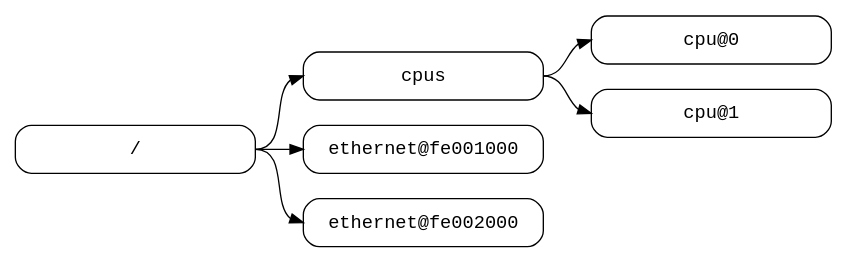
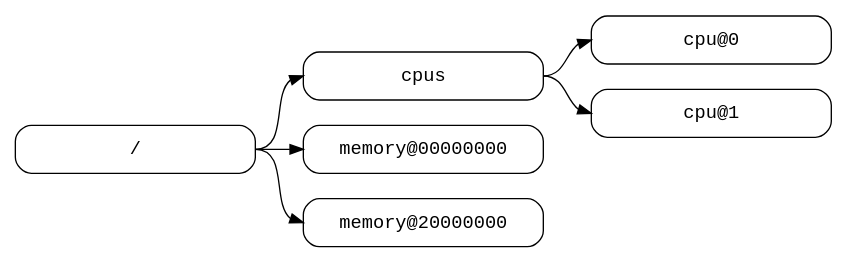
The first of 2 diagrams in source/devicetree-basics.rst (devicetree-org/devicetree-specification), drawn with Graphviz before and after one commit. The commit also changed other lines of this file, not shown here.

Commit message:
Ref and example fix
Example claimed to have memory nodes, but had ethernet ones instead
ref was missing for chapter 3

```diff
--- a/source/devicetree-basics.rst
+++ b/source/devicetree-basics.rst
@@ -44,12 +45,12 @@
 .. digraph:: tree
    :caption: Devicetree Example
 
    rankdir = LR;
    ranksep = equally;
    node [ shape="Mrecord"; width="2.5"; fontname = Courier; ];
 
    "/":e    -> "cpus":w;
    "cpus":e -> "cpu@0":w;
    "cpus":e -> "cpu@1":w;
-   "/":e    -> "ethernet@fe001000":w;
-   "/":e    -> "ethernet@fe002000":w;
+   "/":e    -> "memory@00000000":w;
+   "/":e    -> "memory@20000000":w;
```
